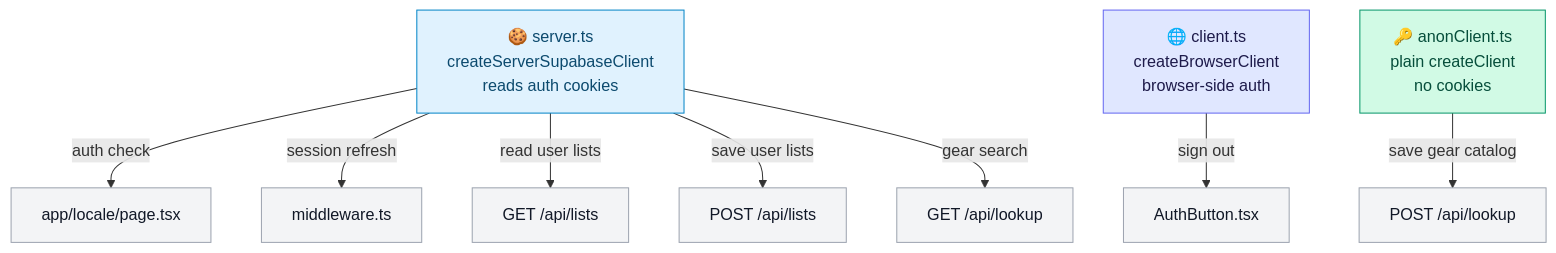
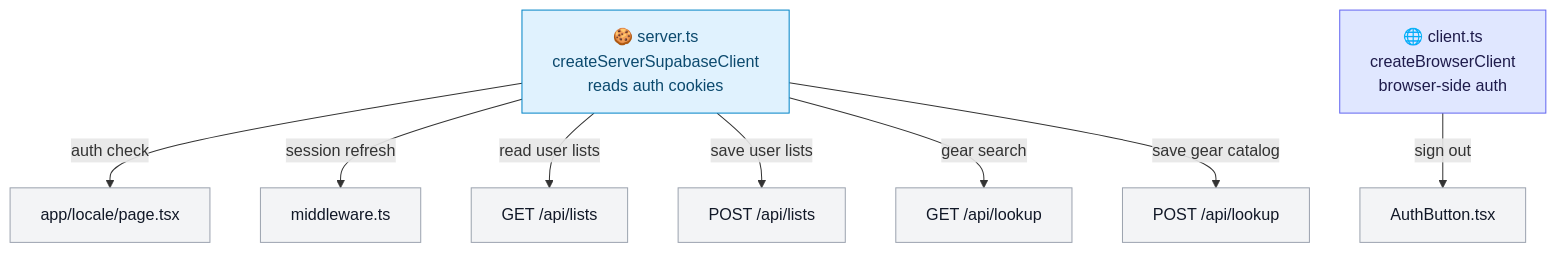
One commit to alexzhel-io/veloadout changed the seventh of 14 diagrams in docs/architecture.md. Above: the diagram before and after it, drawn with Mermaid. The commit also changed other lines of this file, not shown here.

Commit message:
docs: remove anonClient references from architecture diagrams

````diff
--- a/docs/architecture.md
+++ b/docs/architecture.md
@@ -287,25 +286,23 @@
 ```mermaid
 graph TD
     SC["🍪 server.ts<br>createServerSupabaseClient<br>reads auth cookies"]
     BC["🌐 client.ts<br>createBrowserClient<br>browser-side auth"]
-    AC["🔑 anonClient.ts<br>plain createClient<br>no cookies"]
 
     SC -->|auth check| PG["app/locale/page.tsx"]
     SC -->|session refresh| MW["middleware.ts"]
     SC -->|read user lists| LR["GET /api/lists"]
     SC -->|save user lists| LS["POST /api/lists"]
     SC -->|gear search| GS["GET /api/lookup"]
-    AC -->|save gear catalog| GW["POST /api/lookup"]
+    SC -->|save gear catalog| GW["POST /api/lookup"]
     BC -->|sign out| AB["AuthButton.tsx"]
 
     style SC fill:#e0f2fe,stroke:#0284c7,color:#0c4a6e
     style BC fill:#e0e7ff,stroke:#6366f1,color:#1e1b4b
-    style AC fill:#d1fae5,stroke:#059669,color:#064e3b
     style PG fill:#f3f4f6,stroke:#9ca3af,color:#111827
     style MW fill:#f3f4f6,stroke:#9ca3af,color:#111827
     style LR fill:#f3f4f6,stroke:#9ca3af,color:#111827
     style LS fill:#f3f4f6,stroke:#9ca3af,color:#111827
     style GS fill:#f3f4f6,stroke:#9ca3af,color:#111827
     style GW fill:#f3f4f6,stroke:#9ca3af,color:#111827
     style AB fill:#f3f4f6,stroke:#9ca3af,color:#111827
 ```
````
